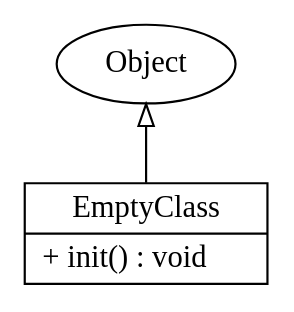
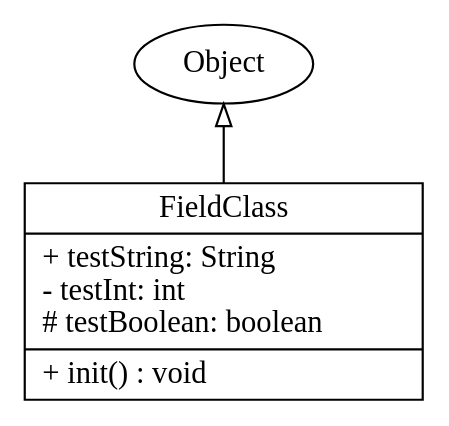
One commit to tpunt3/Csse374 changed the diagram in input_output/test.gv. Above: the diagram before and after it, drawn with Graphviz. The commit also changed 16 other files, not shown here.

Commit message:
Finished fixing UML

```diff
--- a/input_output/test.gv
+++ b/input_output/test.gv
@@ -1,10 +1,10 @@
 digraph model{
 rankdir = BT;
-EmptyClass [
+FieldClass [
 shape="record",
-label = "{EmptyClass| + init() : void\l}"
+label = "{FieldClass| + testString: String\l- testInt: int\l# testBoolean: boolean\l|+ init() : void\l}"
 ];
 
 //writing relations between classes now
-EmptyClass -> Object [arrowhead = "empty"];
+FieldClass -> Object [arrowhead = "empty"];
 }
```
